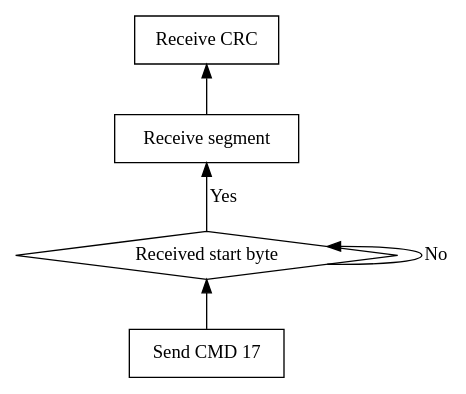
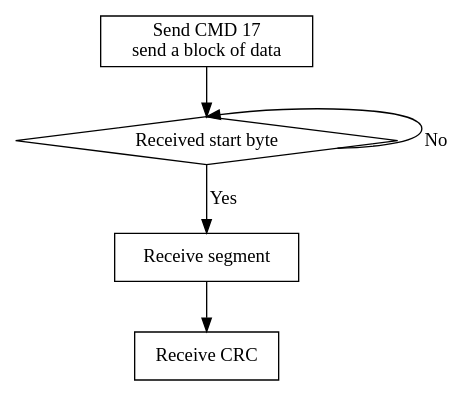
Before and after one commit to domoritz/S76D: the diagram in docs/src/flow_read_mmc.dot, drawn with Graphviz. The commit also changed 5 other files, not shown here.

Commit message:
better charts

```diff
--- a/docs/src/flow_read_mmc.dot
+++ b/docs/src/flow_read_mmc.dot
@@ -1,12 +1,11 @@
 digraph G {
-	rankdir=BT;
-	send17 [label="Send CMD 17" shape=record]
+	send17 [label="Send CMD 17\nsend a block of data" shape=record]
 	rcvS [label="Receive segment" shape=record]
 	rcvCrc [label="Receive CRC" shape=record]
 	rcvSb [label="Received start byte" shape=diamond]
 
 	send17 -> rcvSb
-	rcvSb -> rcvSb [label="No"]
+	rcvSb -> rcvSb:n [label="No"]
 	rcvSb -> rcvS [label="Yes"]
 	rcvS -> rcvCrc
 }
```
